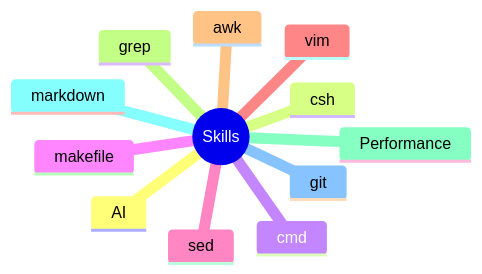
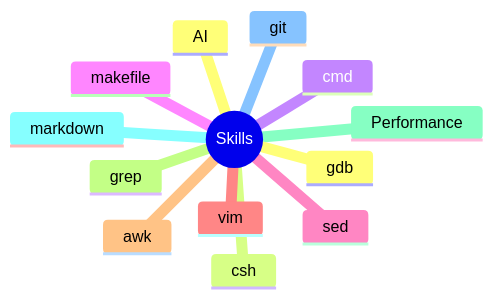
The diagram in notes/skill/skill_entry.md (superupon/knowledge_zh), drawn with Mermaid before and after one commit. The commit also changed other lines of this file and 1 other file, not shown here.

Commit message:
[misc] new entry for skill gdb

````diff
--- a/notes/skill/skill_entry.md
+++ b/notes/skill/skill_entry.md
@@ -15,15 +16,16 @@
 ```mermaid
 mindmap
 root((Skills))
   AI
   csh
   cmd
   makefile
   sed
   vim
   awk
   grep
   Performance
   markdown
   git
+  gdb
 ```
````
